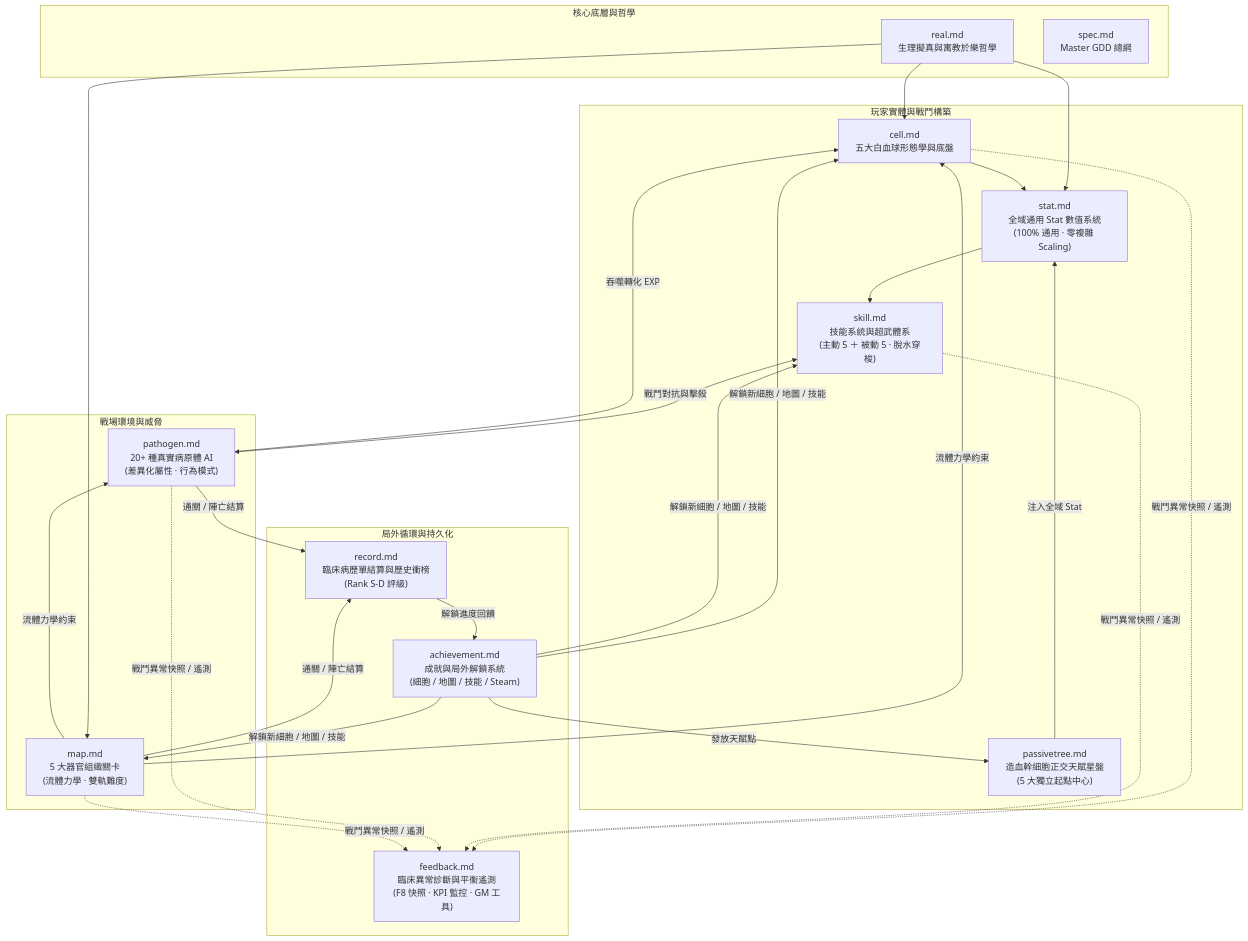
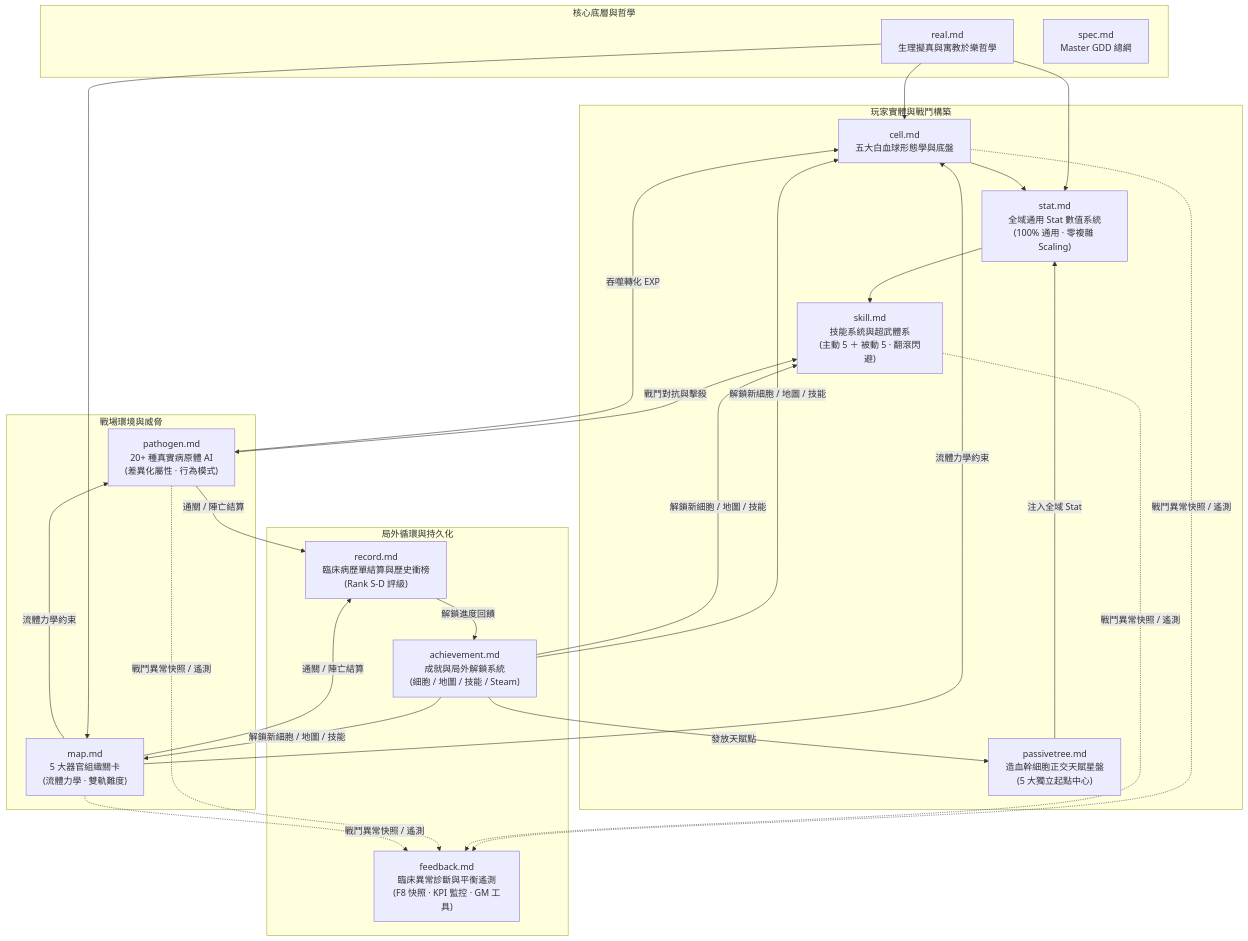
One commit to skyrocket-qy/Phagocyte changed the diagram in docs/README.md. Above: the diagram before and after it, drawn with Mermaid. The commit also changed other lines of this file and 19 other files, not shown here.

````diff
--- a/docs/README.md
+++ b/docs/README.md
@@ -33,38 +33,38 @@
 ```mermaid
 graph TD
     subgraph CorePillars [核心底層與哲學]
         PHIL["real.md<br>生理擬真與寓教於樂哲學"]
         SPEC["spec.md<br>Master GDD 總綱"]
     end
 
     subgraph PlayerSystems [玩家實體與戰鬥構築]
         CELL["cell.md<br>五大白血球形態學與底盤"]
         STAT["stat.md<br>全域通用 Stat 數值系統<br>(100% 通用 · 零複雜 Scaling)"]
-        SKILL["skill.md<br>技能系統與超武體系<br>(主動 5 ＋ 被動 5 · 脫水穿梭)"]
+         SKILL["skill.md<br>技能系統與超武體系<br>(主動 5 ＋ 被動 5 · 翻滾閃避)"]
         TREE["passivetree.md<br>造血幹細胞正交天賦星盤<br>(5 大獨立起點中心)"]
     end
 
     subgraph WorldSystems [戰場環境與威脅]
         MAP["map.md<br>5 大器官組織關卡<br>(流體力學 · 雙軌難度)"]
         PATH["pathogen.md<br>20+ 種真實病原體 AI<br>(差異化屬性 · 行為模式)"]
     end
 
     subgraph MetaSystems [局外循環與持久化]
         ACH["achievement.md<br>成就與局外解鎖系統<br>(細胞 / 地圖 / 技能 / Steam)"]
         REC["record.md<br>臨床病歷單結算與歷史衝榜<br>(Rank S-D 評級)"]
         DIAG["feedback.md<br>臨床異常診斷與平衡遙測<br>(F8 快照 · KPI 監控 · GM 工具)"]
     end
 
     PHIL --> CELL & STAT & MAP
     CELL --> STAT
     TREE -->|注入全域 Stat| STAT
     STAT --> SKILL
     SKILL <-->|戰鬥對抗與擊殺| PATH
     MAP -->|流體力學約束| CELL & PATH
     PATH -->|吞噬轉化 EXP| CELL
     PATH & MAP -->|通關 / 陣亡結算| REC
     REC -->|解鎖進度回饋| ACH
     ACH -->|發放天賦點| TREE
     ACH -->|解鎖新細胞 / 地圖 / 技能| CELL & MAP & SKILL
     CELL & SKILL & PATH & MAP -.->|戰鬥異常快照 / 遙測| DIAG
 ```
````
